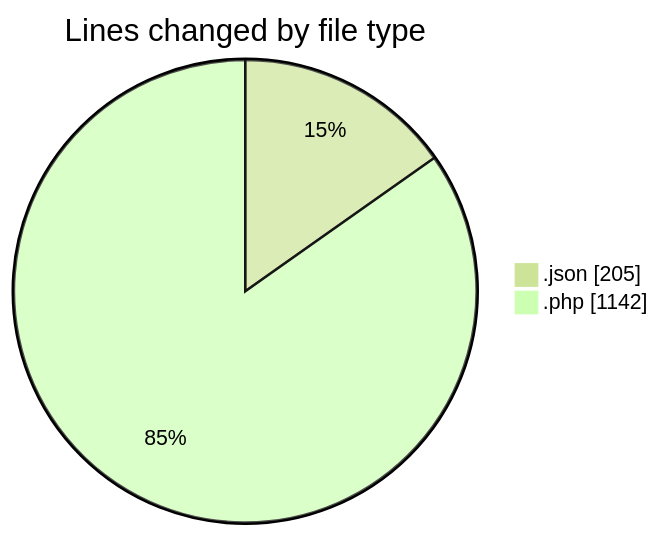
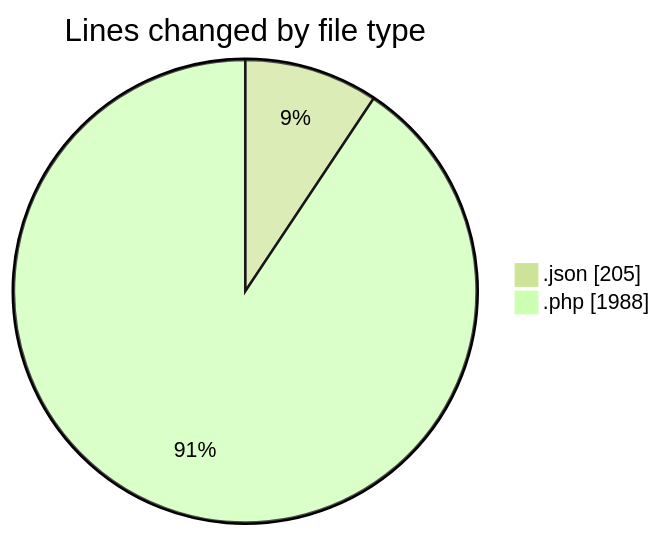
The first of 2 diagrams in 2025-04-11/test/README.md (idhammustaqopulfikri/code-tracking), drawn with Mermaid (forest theme) before and after one commit. The commit also changed other lines of this file and 1 other file, not shown here.

````diff
--- a/2025-04-11/test/README.md
+++ b/2025-04-11/test/README.md
@@ -28,6 +35,6 @@
 ```mermaid
 pie showData
 title Lines changed by file type
 ".json" : 205
-".php" : 1142
+".php" : 1988
 ```
````
